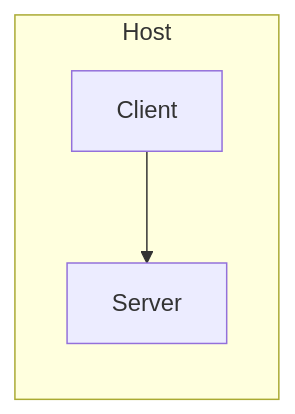
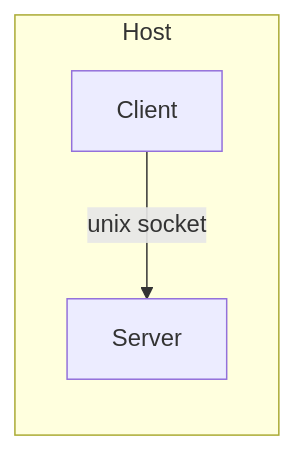
Before and after one commit to pdcalado/waste: the first of 2 diagrams in README.md, drawn with Mermaid. The commit also changed other lines of this file, not shown here.

Commit message:
Add labels to mermaid diagrams.

````diff
--- a/README.md
+++ b/README.md
@@ -43,10 +43,10 @@
 ```mermaid
 flowchart LR
 
  subgraph Host
     S[Server]
     C[Client]
  end
 
- C --> S
+ C -->|unix socket| S
 ```
````
